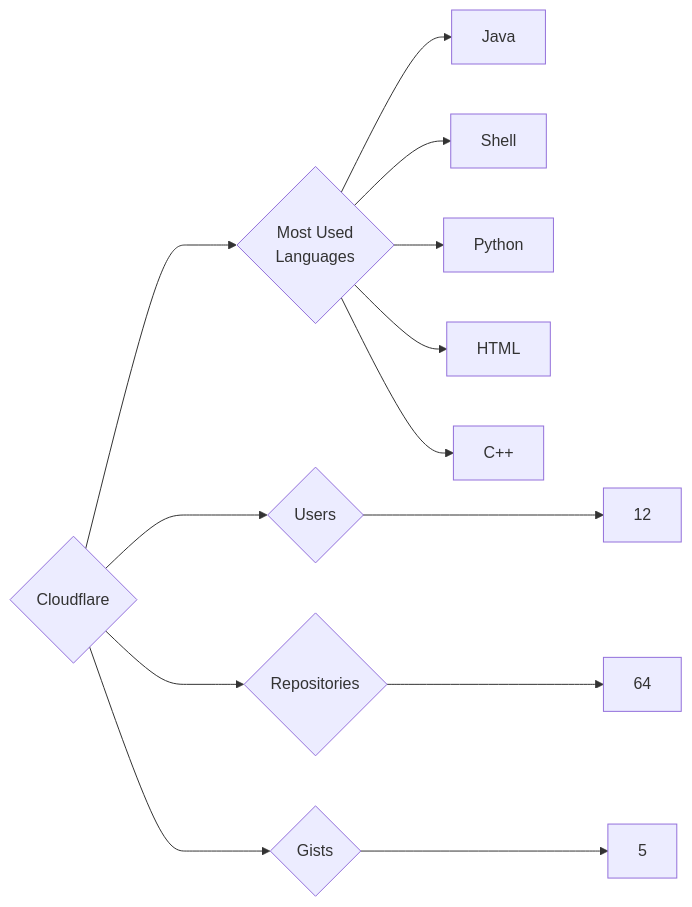
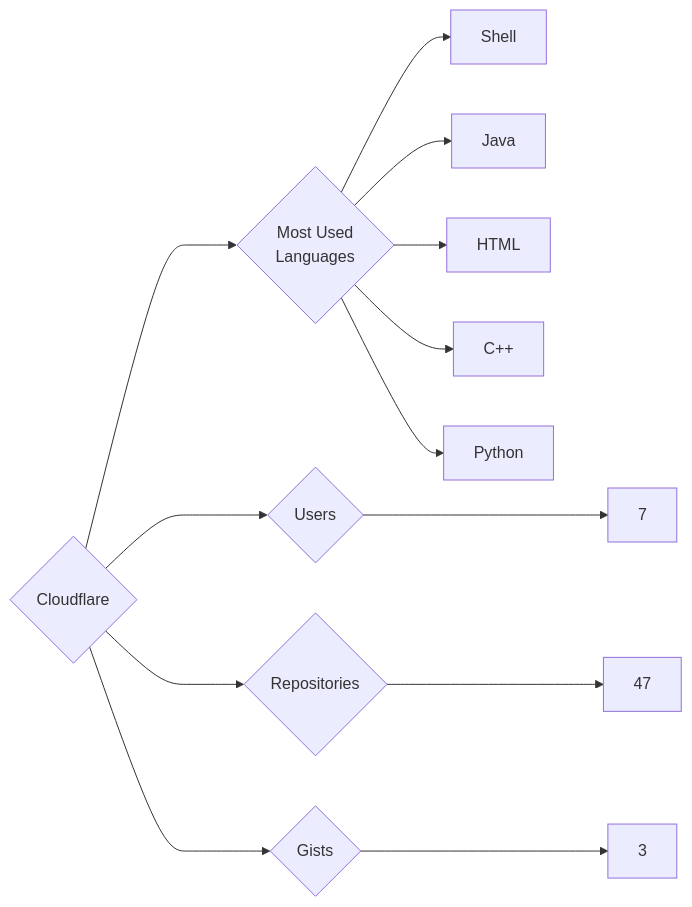
The diagram in targets/Cloudflare/README.md (trickest/insiders), drawn with Mermaid before and after one commit. The commit also changed 865 other files, not shown here.

````diff
--- a/targets/Cloudflare/README.md
+++ b/targets/Cloudflare/README.md
@@ -3,13 +3,13 @@
 ```mermaid
 graph LR
 COMPANY_NAME{Cloudflare}
-COMPANY_NAME ---> U{Users} ---> UN[12]
-COMPANY_NAME ---> R{Repositories} ---> RN[64]
-COMPANY_NAME ---> G{Gists} ---> GN[5]
+COMPANY_NAME ---> U{Users} ---> UN[7]
+COMPANY_NAME ---> R{Repositories} ---> RN[47]
+COMPANY_NAME ---> G{Gists} ---> GN[3]
 COMPANY_NAME ---> ML{Most Used<br>Languages}
+ML --> Shell[Shell]
 ML --> Java[Java]
-ML --> Shell[Shell]
-ML --> Python[Python]
 ML --> HTML[HTML]
 ML --> C++[C++]
+ML --> Python[Python]
 ```
````
